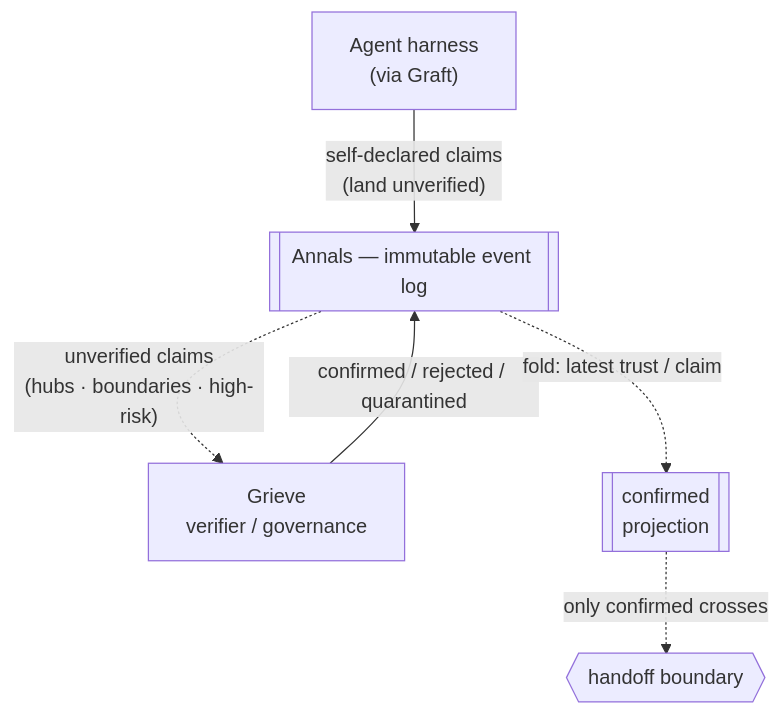
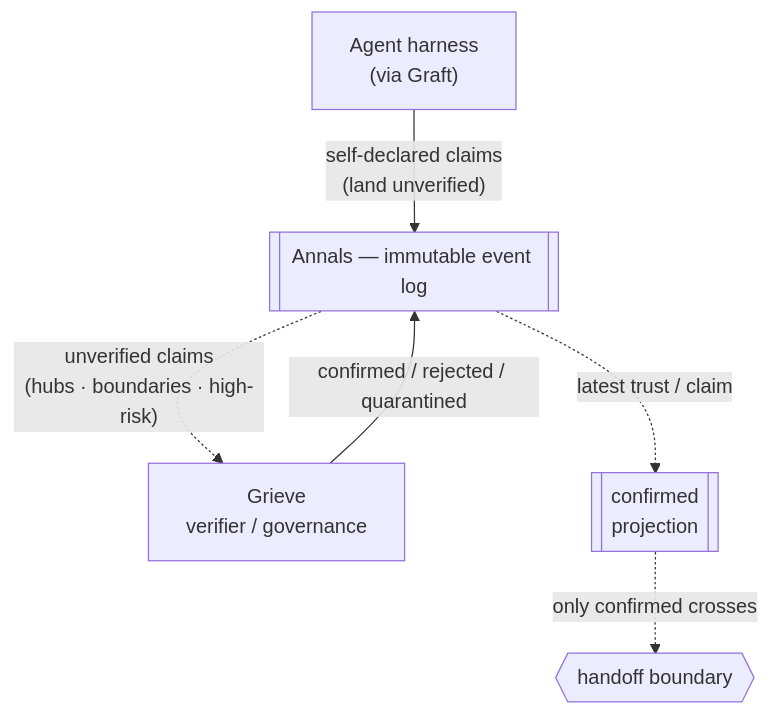
Before and after one commit to bitcomplete/wolfgang: the second of 3 diagrams in knowledge/ARCHITECTURE.md, drawn with Mermaid. The commit also changed other lines of this file, not shown here.

First line of the commit message:
ARCHITECTURE.md: ease up on event-sourcing jargon ("fold" x15 -> ~0)

````diff
--- a/knowledge/ARCHITECTURE.md
+++ b/knowledge/ARCHITECTURE.md
@@ -65,8 +66,8 @@
 ```mermaid
 flowchart TB
   AGENT["Agent harness<br/>(via Graft)"] -->|"self-declared claims<br/>(land unverified)"| ANNALS[["Annals — immutable event log"]]
   ANNALS -.->|"unverified claims<br/>(hubs · boundaries · high-risk)"| GRIEVE["Grieve<br/>verifier / governance"]
   GRIEVE -->|"confirmed / rejected / quarantined"| ANNALS
-  ANNALS -.->|"fold: latest trust / claim"| CONF[["confirmed<br/>projection"]]
+  ANNALS -.->|"latest trust / claim"| CONF[["confirmed<br/>projection"]]
   CONF -.->|"only confirmed crosses"| HANDOFF{{"handoff boundary"}}
 ```
````
